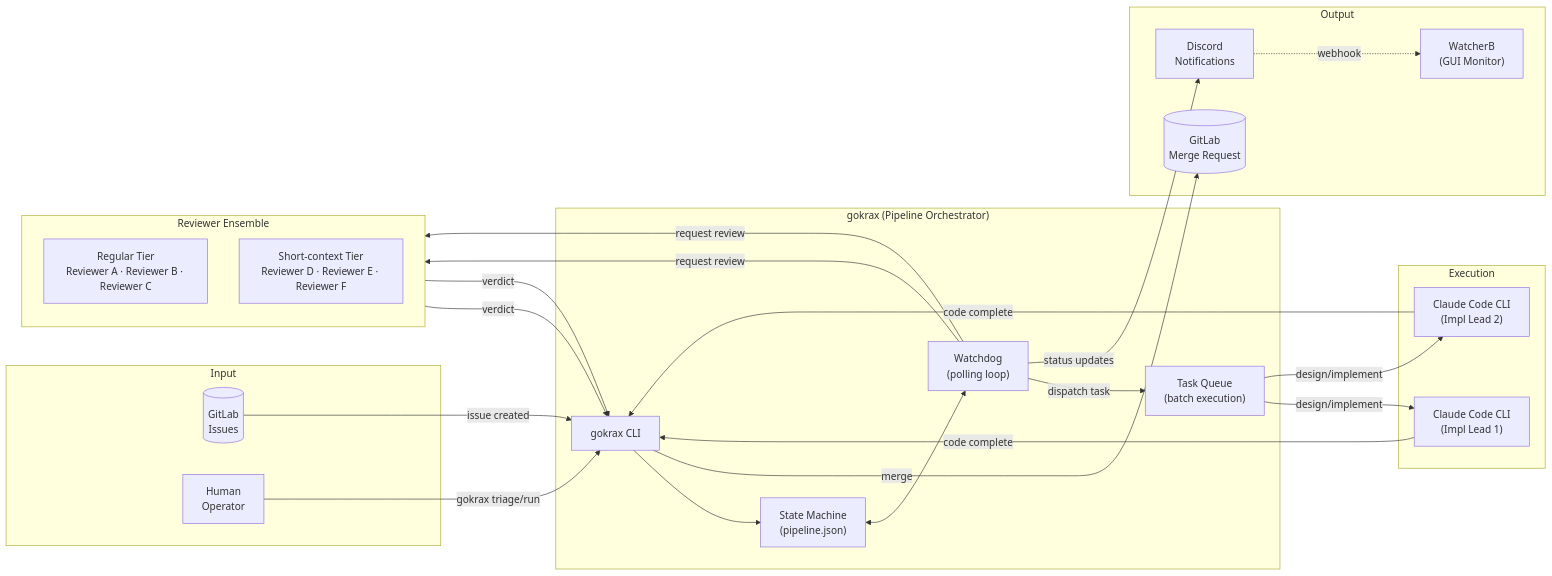
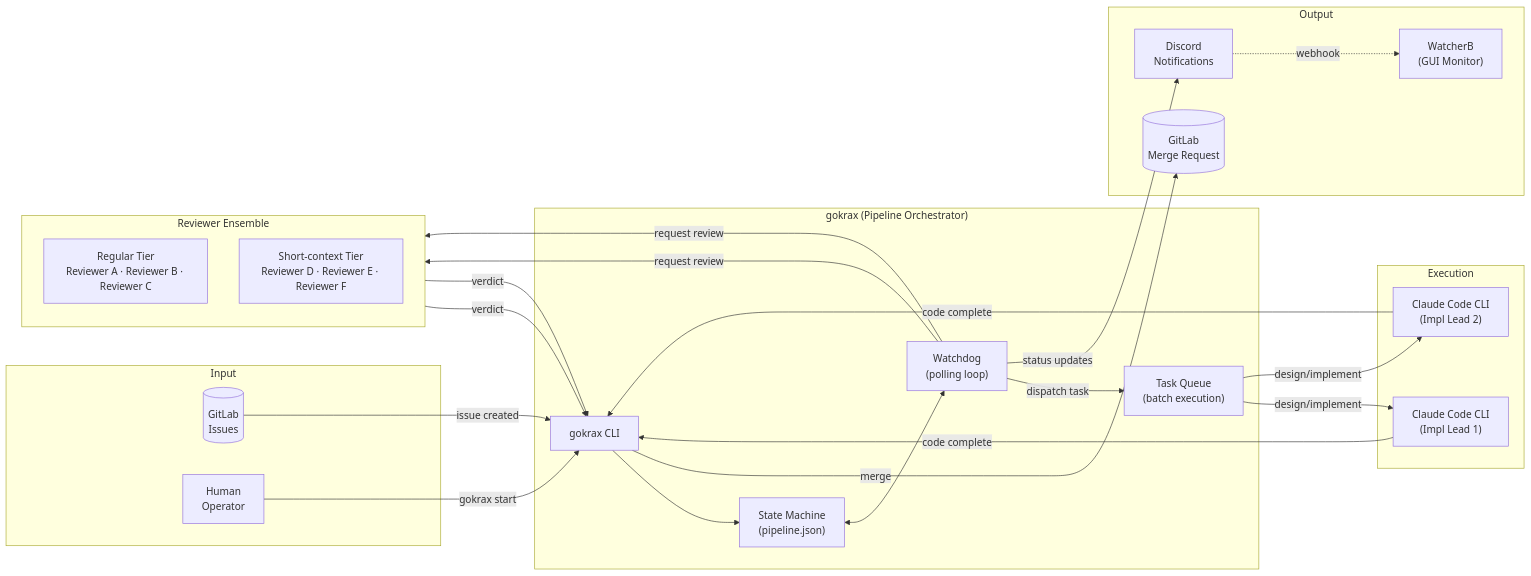
Before and after one commit to atakalive/gokrax: the first of 6 diagrams in docs/architecture.md, drawn with Mermaid. The commit also changed other lines of this file, not shown here.

First line of the commit message:
docs: fix architecture.md inaccuracies + add spec mode section. Closes #159

````diff
--- a/docs/architecture.md
+++ b/docs/architecture.md
@@ -7,48 +7,48 @@
 ```mermaid
 graph LR
     subgraph Input
         GL[("GitLab<br/>Issues")]
         M["Human<br/>Operator"]
     end
 
     subgraph gokrax["gokrax (Pipeline Orchestrator)"]
         CLI["gokrax CLI"]
         SM["State Machine<br/>(pipeline.json)"]
         WD["Watchdog<br/>(polling loop)"]
         TQ["Task Queue<br/>(batch execution)"]
     end
 
     subgraph Execution
         CC1["Claude Code CLI<br/>(Impl Lead 1)"]
         CC2["Claude Code CLI<br/>(Impl Lead 2)"]
     end
 
     subgraph Review["Reviewer Ensemble"]
         direction TB
         R_REG["Regular Tier<br/>Reviewer A · Reviewer B · Reviewer C"]
         R_SHORT["Short-context Tier<br/>Reviewer D · Reviewer E · Reviewer F"]
     end
 
     subgraph Output
         MR[("GitLab<br/>Merge Request")]
         DC["Discord<br/>Notifications"]
         WB["WatcherB<br/>(GUI Monitor)"]
     end
 
     GL -->|"issue created"| CLI
-    M -->|"gokrax triage/run"| CLI
+    M -->|"gokrax start"| CLI
     CLI --> SM
     SM <--> WD
     WD -->|"dispatch task"| TQ
     TQ -->|"design/implement"| CC1
     TQ -->|"design/implement"| CC2
     WD -->|"request review"| R_REG
     WD -->|"request review"| R_SHORT
     R_REG -->|"verdict"| CLI
     R_SHORT -->|"verdict"| CLI
     CC1 -->|"code complete"| CLI
     CC2 -->|"code complete"| CLI
     CLI -->|"merge"| MR
     WD -->|"status updates"| DC
     DC -.->|"webhook"| WB
 ```
````
